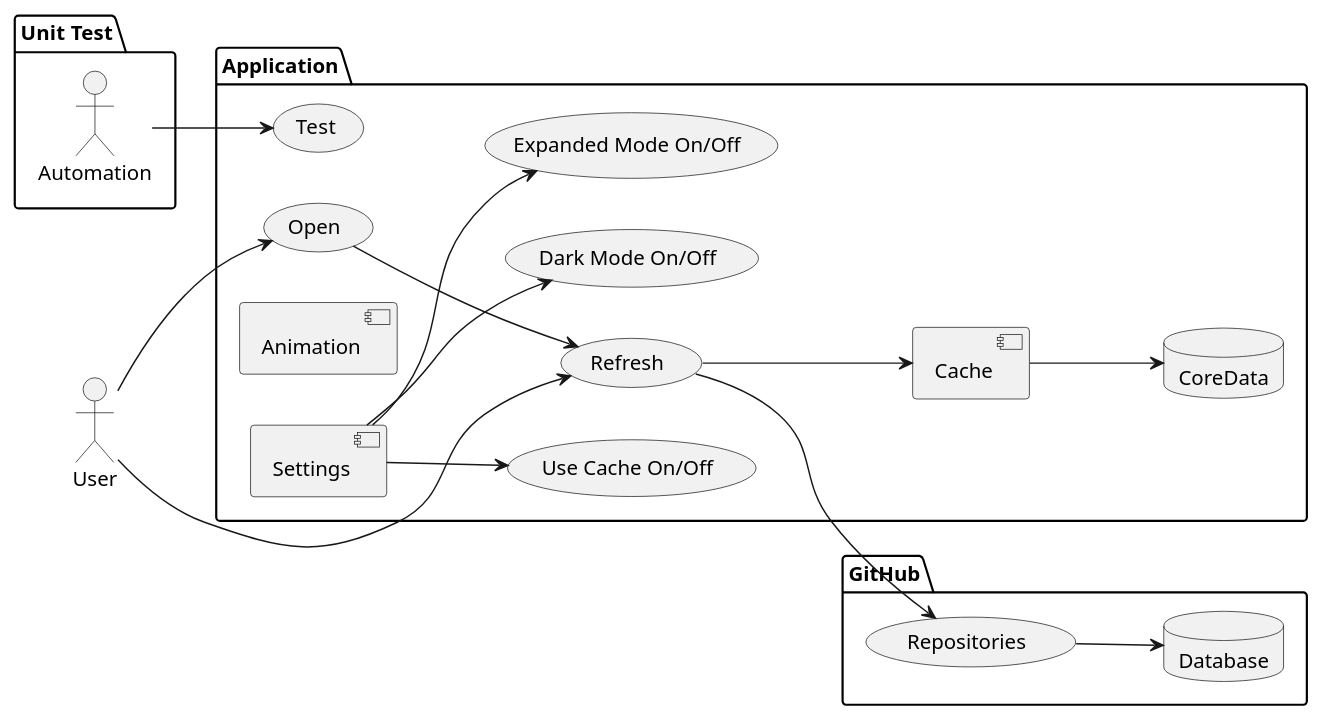
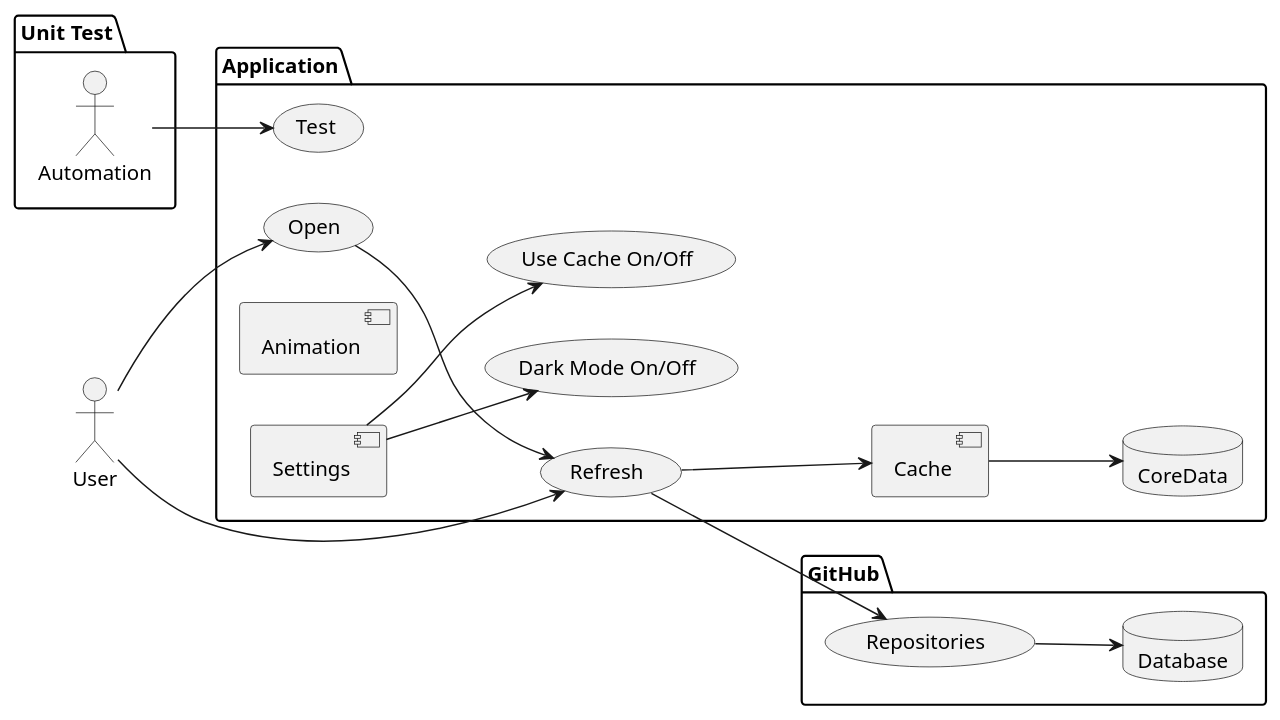
Before and after one commit to southfox/SwiftUIGitHubClient: the first of 3 diagrams in README.md, drawn with PlantUML. The commit also changed other lines of this file, not shown here.

````diff
--- a/README.md
+++ b/README.md
@@ -57,37 +57,35 @@
 ```plantuml
 @startuml
 left to right direction
 actor User as u
 package "Unit Test" {
   actor "Automation" as fc
 }
 package Application {
   usecase "Open" as UC1
   usecase "Refresh" as UC2
   usecase "Test" as UC4
   database CoreData as CD
   component Cache
   component Animation
   component Settings
   usecase "Dark Mode On/Off" as isDarkMode
-  usecase "Expanded Mode On/Off" as isExpandedMode
   usecase "Use Cache On/Off" as isCacheMode
 }
 package GitHub {
   usecase "Repositories" as Rep
   database Database as DB
 }
 
 fc --> UC4
 u --> UC1
 UC1 --> UC2
 u --> UC2
 UC2 --> Rep
 UC2 --> Cache
 Rep --> DB
 Cache --> CD
 Settings --> isDarkMode
-Settings --> isExpandedMode
 Settings --> isCacheMode
 @enduml
 ```
````
